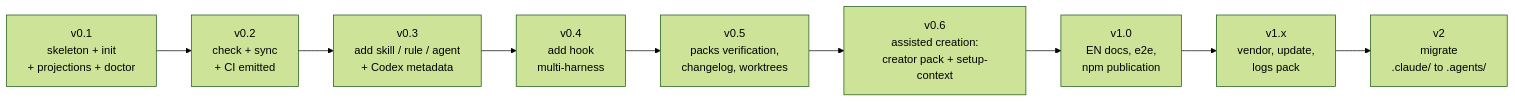
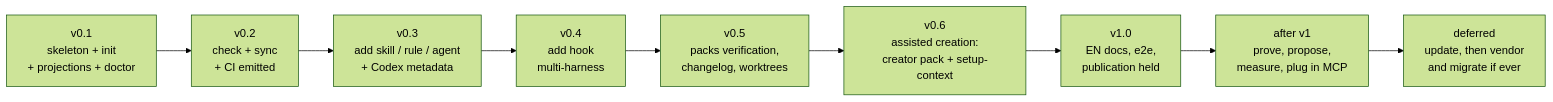
The diagram in docs/roadmap.md (PicardRaphael/agentsdir), drawn with Mermaid (forest theme) before and after one commit. The commit also changed other lines of this file and 12 other files, not shown here.

````diff
--- a/docs/roadmap.md
+++ b/docs/roadmap.md
@@ -5,11 +5,11 @@
 ```mermaid
 flowchart LR
     v01["v0.1<br/>skeleton + init<br/>+ projections + doctor"] --> v02["v0.2<br/>check + sync<br/>+ CI emitted"]
     v02 --> v03["v0.3<br/>add skill / rule / agent<br/>+ Codex metadata"]
     v03 --> v04["v0.4<br/>add hook<br/>multi-harness"]
     v04 --> v05["v0.5<br/>packs verification,<br/>changelog, worktrees"]
     v05 --> v06["v0.6<br/>assisted creation:<br/>creator pack + setup-context"]
-    v06 --> v1["v1.0<br/>EN docs, e2e,<br/>npm publication"]
-    v1 --> v1x["v1.x<br/>vendor, update,<br/>logs pack"]
-    v1x --> v2["v2<br/>migrate<br/>.claude/ to .agents/"]
+    v06 --> v1["v1.0<br/>EN docs, e2e,<br/>publication held"]
+    v1 --> gov["after v1<br/>prove, propose,<br/>measure, plug in MCP"]
+    gov --> later["deferred<br/>update, then vendor<br/>and migrate if ever"]
 ```
````
